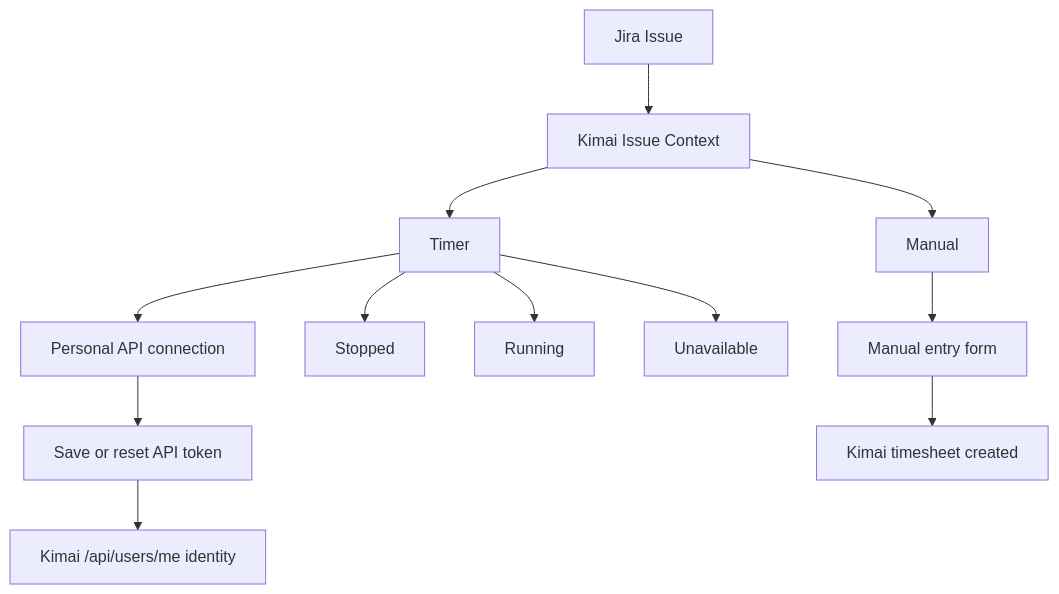
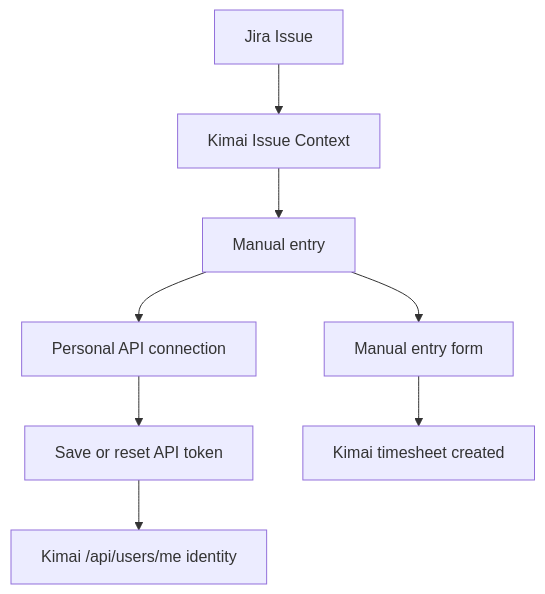
One commit to jacksonpradolima/kimai-jira changed the first of 2 diagrams in docs/ui/screen-flow.md. Above: the diagram before and after it, drawn with Mermaid. The commit also changed 11 other files, not shown here.

````diff
--- a/docs/ui/screen-flow.md
+++ b/docs/ui/screen-flow.md
@@ -5,14 +5,10 @@
 ```mermaid
 flowchart TD
   issue[Jira Issue] --> context[Kimai Issue Context]
-  context --> timer[Timer]
-  timer --> personal[Personal API connection]
+  context --> manual[Manual entry]
+  manual --> personal[Personal API connection]
   personal --> token[Save or reset API token]
   token --> identity[Kimai /api/users/me identity]
-  timer --> stopped[Stopped]
-  timer --> running[Running]
-  timer --> unavailable[Unavailable]
-  context --> manual[Manual]
   manual --> manualForm[Manual entry form]
   manualForm --> saved[Kimai timesheet created]
 ```
````
